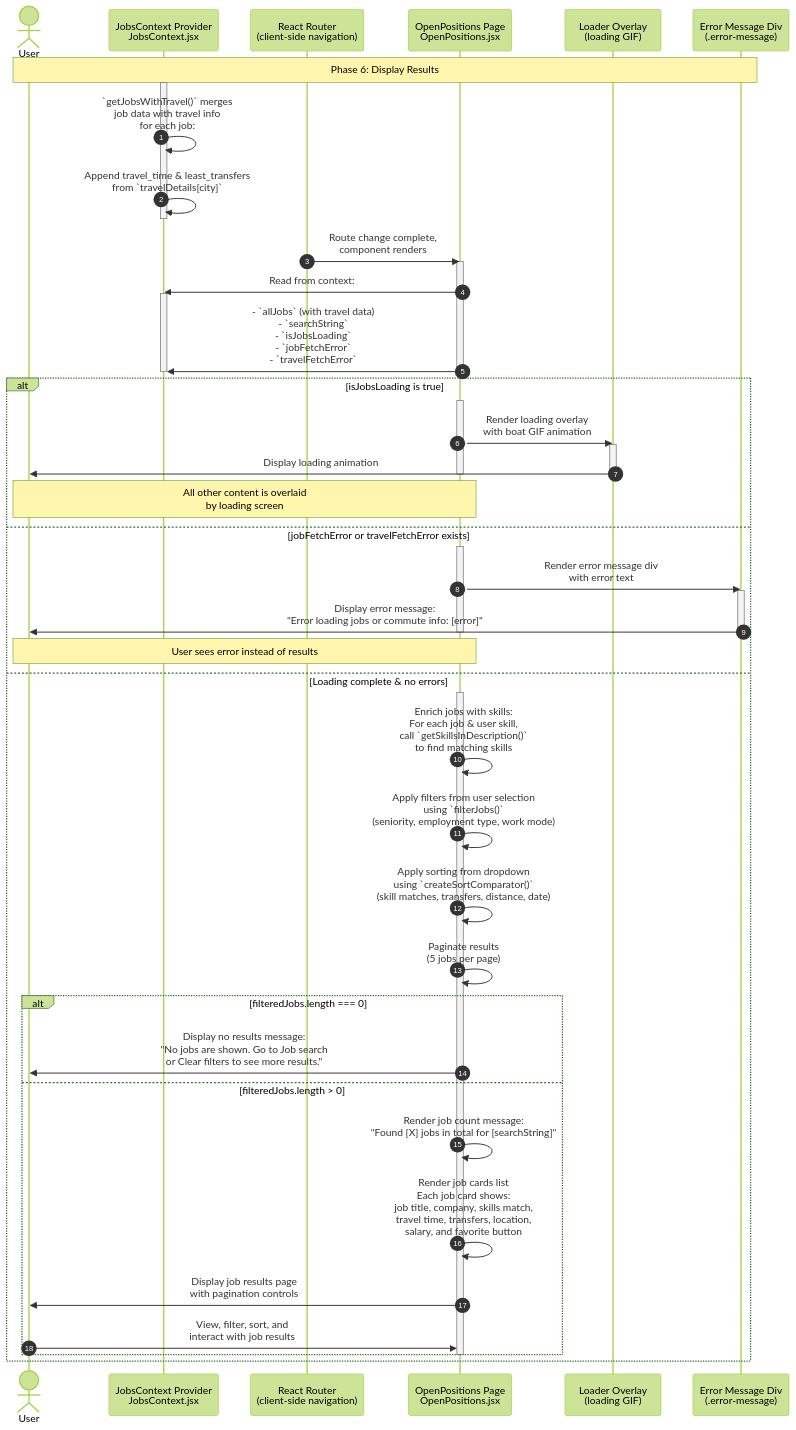
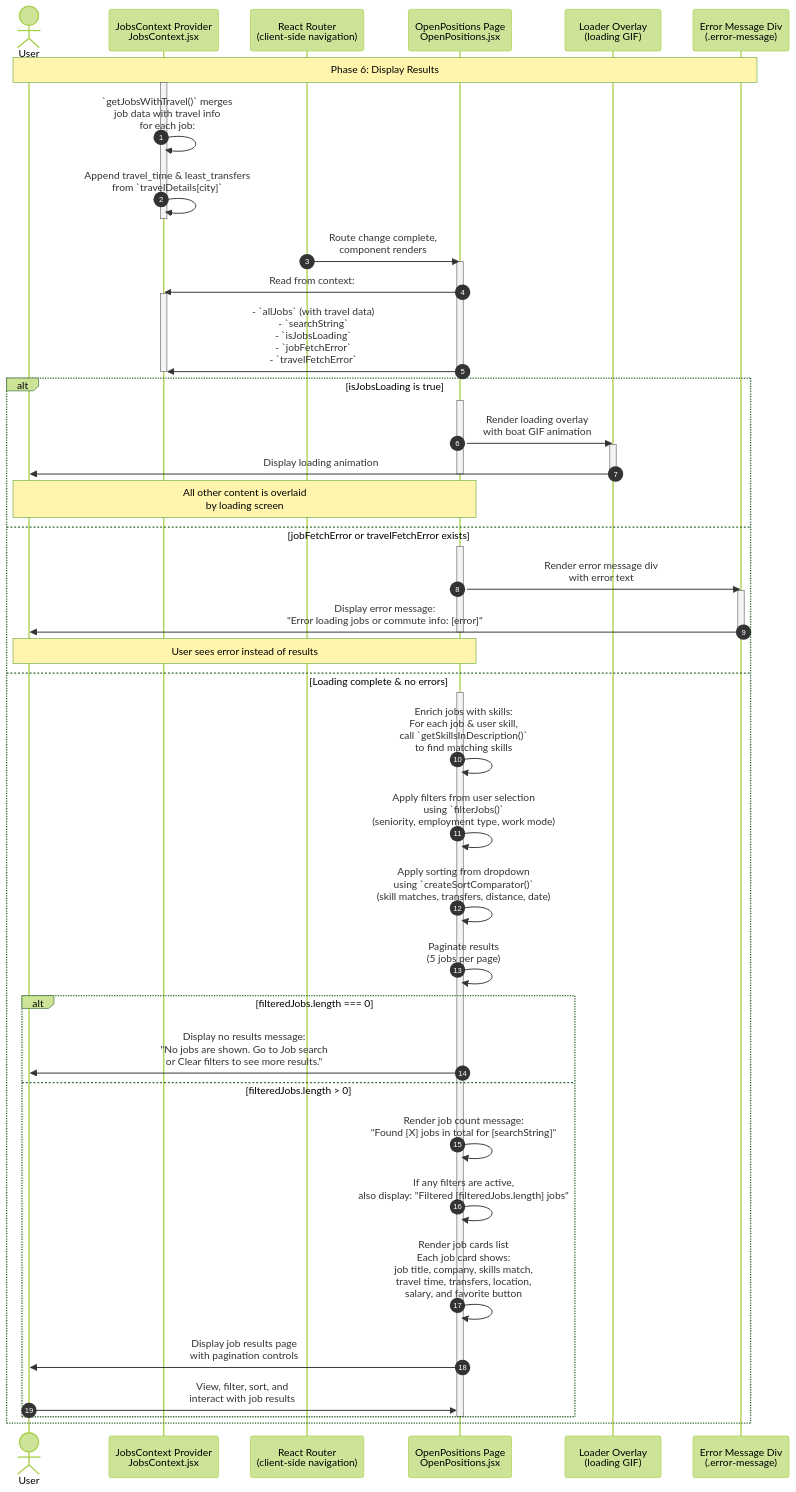
Before and after one commit to YahyaAl-Ademi/2025.10.23-JobCompass: the diagram in documentation/jobFetch/6.Display Results.md, drawn with Mermaid (forest theme). The commit also changed 2 other files, not shown here.

Commit message:
Enhance job fetching process: add caching mechanism for search strings and improve error messages in travel details

````diff
--- a/documentation/jobFetch/6.Display Results.md
+++ b/documentation/jobFetch/6.Display Results.md
@@ -7,66 +7,67 @@
 ```mermaid
 sequenceDiagram
     autonumber
     actor User
     %% File paths:
     %% JobsContext: client/src/context/JobsContext.jsx
     %% OpenPositions: client/src/pages/openPositions/OpenPositions.jsx
     participant JobsContext as JobsContext Provider<br/>JobsContext.jsx
     participant Router as React Router<br/>(client-side navigation)
     participant OpenPositions as OpenPositions Page<br/>OpenPositions.jsx
     participant LoaderOverlay as Loader Overlay<br/>(loading GIF)
     participant ErrorDisplay as Error Message Div<br/>(.error-message)
 
     Note over User,ErrorDisplay: Phase 6: Display Results
     activate JobsContext
     JobsContext->>JobsContext: `getJobsWithTravel()` merges<br/>job data with travel info<br/>for each job:
     JobsContext->>JobsContext: Append travel_time & least_transfers<br/>from `travelDetails[city]`
     deactivate JobsContext
 
     Router->>OpenPositions: Route change complete,<br/>component renders
 
     activate OpenPositions
     OpenPositions->>JobsContext: Read from context:
     activate JobsContext
     OpenPositions->>JobsContext: - `allJobs` (with travel data)<br/>- `searchString`<br/>- `isJobsLoading`<br/>- `jobFetchError`<br/>- `travelFetchError`
     deactivate JobsContext
     deactivate OpenPositions
 
     alt isJobsLoading is true
         activate OpenPositions
         OpenPositions->>LoaderOverlay: Render loading overlay<br/>with boat GIF animation
         activate LoaderOverlay
         LoaderOverlay->>User: Display loading animation
         deactivate LoaderOverlay
         deactivate OpenPositions
         Note over OpenPositions,User: All other content is overlaid<br/>by loading screen
     else jobFetchError or travelFetchError exists
         activate OpenPositions
         OpenPositions->>ErrorDisplay: Render error message div<br/>with error text
         activate ErrorDisplay
         ErrorDisplay->>User: Display error message:<br/>"Error loading jobs or commute info: [error]"
         deactivate ErrorDisplay
         deactivate OpenPositions
         Note over OpenPositions,User: User sees error instead of results
     else Loading complete & no errors
         activate OpenPositions
         OpenPositions->>OpenPositions: Enrich jobs with skills:<br/>For each job & user skill,<br/>call `getSkillsInDescription()`<br/>to find matching skills
 
         OpenPositions->>OpenPositions: Apply filters from user selection<br/>using `filterJobs()`<br/>(seniority, employment type, work mode)
 
         OpenPositions->>OpenPositions: Apply sorting from dropdown<br/>using `createSortComparator()`<br/>(skill matches, transfers, distance, date)
 
         OpenPositions->>OpenPositions: Paginate results<br/>(5 jobs per page)
 
         alt filteredJobs.length === 0
             OpenPositions->>User: Display no results message:<br/>"No jobs are shown. Go to Job search<br/>or Clear filters to see more results."
         else filteredJobs.length > 0
             OpenPositions->>OpenPositions: Render job count message:<br/>"Found [X] jobs in total for [searchString]"
+            OpenPositions->>OpenPositions: If any filters are active,<br/>also display: "Filtered [filteredJobs.length] jobs"
             OpenPositions->>OpenPositions: Render job cards list<br/>Each job card shows:<br/>job title, company, skills match,<br/>travel time, transfers, location,<br/>salary, and favorite button
             OpenPositions->>User: Display job results page<br/>with pagination controls
 
             User->>OpenPositions: View, filter, sort, and<br/>interact with job results
         end
         deactivate OpenPositions
     end
 ```
````
